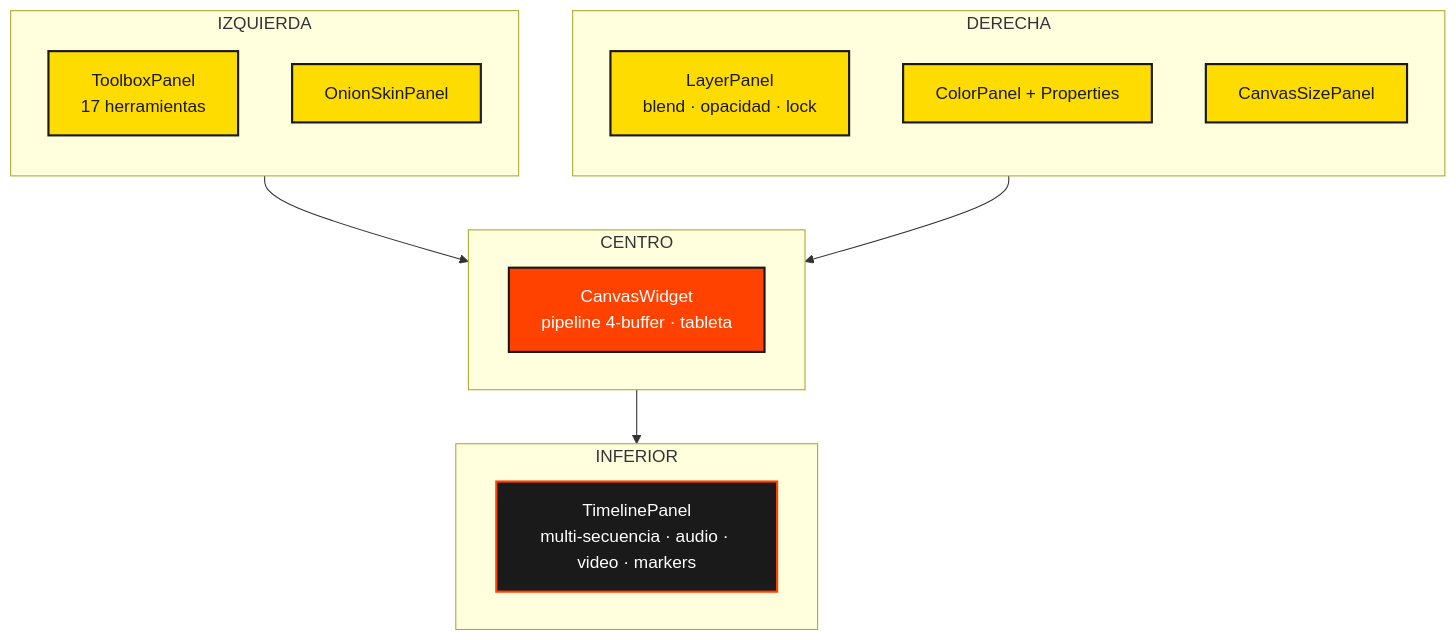
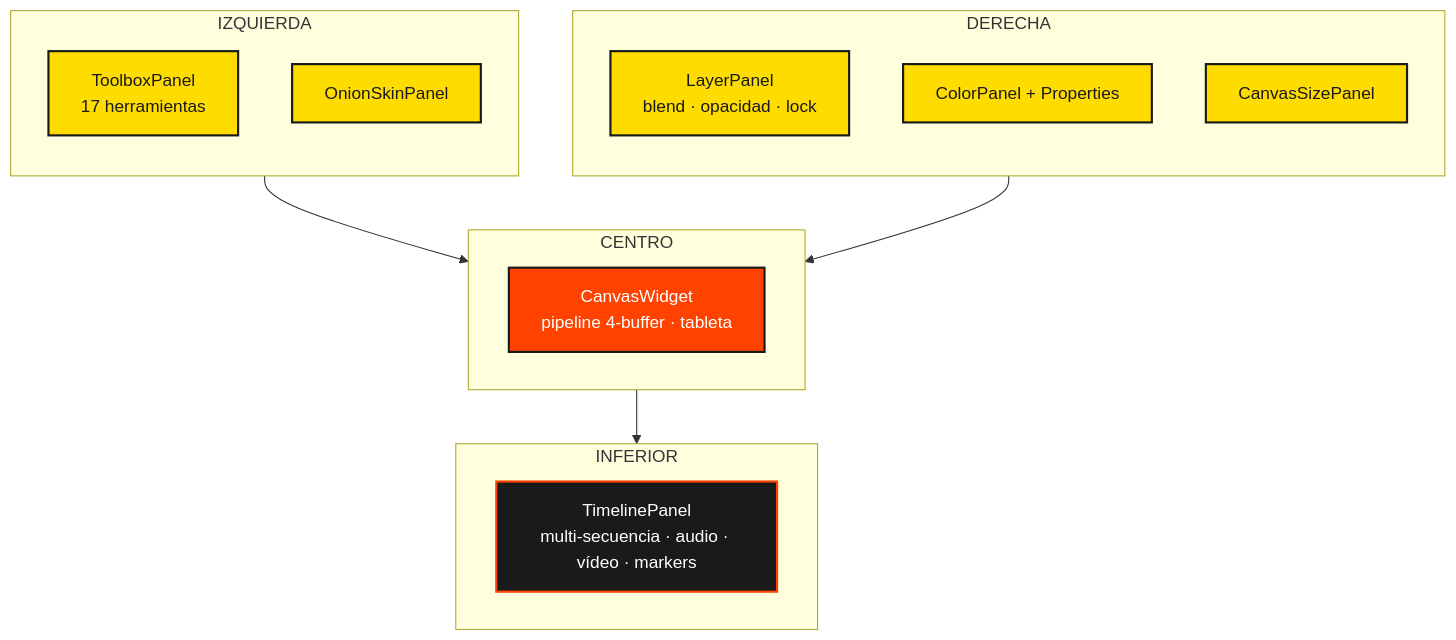
The third of 3 diagrams in README.md (freeanimationpower/FreeAnimationPower), drawn with Mermaid before and after one commit. The commit also changed other lines of this file, not shown here.

````diff
--- a/README.md
+++ b/README.md
@@ -273,30 +273,30 @@
 ```mermaid
 flowchart TB
     classDef ui fill:#ffdc00,stroke:#1a1a1a,color:#1a1a1a,stroke-width:2px;
     classDef engine fill:#ff4200,stroke:#1a1a1a,color:#ffffff,stroke-width:2px;
     classDef data fill:#1a1a1a,stroke:#ff4200,color:#ffffff,stroke-width:2px;
     classDef ext fill:#ffffff,stroke:#1a1a1a,color:#1a1a1a,stroke-width:2px;
         subgraph LEFT["IZQUIERDA"]
             direction TB
             TL["ToolboxPanel<br/>17 herramientas"]
             OS["OnionSkinPanel"]
         end
         subgraph CENTER["CENTRO"]
             CV["CanvasWidget<br/>pipeline 4-buffer · tableta"]
         end
         subgraph RIGHT["DERECHA"]
             direction TB
             LY["LayerPanel<br/>blend · opacidad · lock"]
             CL["ColorPanel + Properties"]
             CS["CanvasSizePanel"]
         end
         subgraph BOTTOM["INFERIOR"]
-            TM["TimelinePanel<br/>multi-secuencia · audio · video · markers"]
+            TM["TimelinePanel<br/>multi-secuencia · audio · vídeo · markers"]
         end
         LEFT --> CENTER
         RIGHT --> CENTER
         CENTER --> BOTTOM
         class TL,OS,LY,CL,CS ui
         class CV engine
         class TM data
 ```
````
